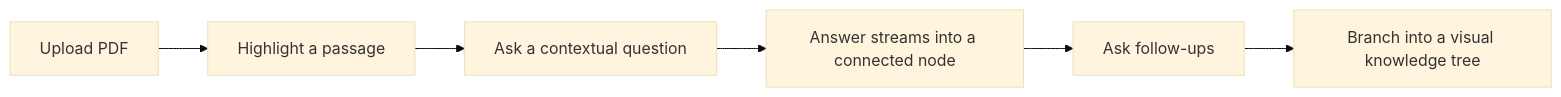
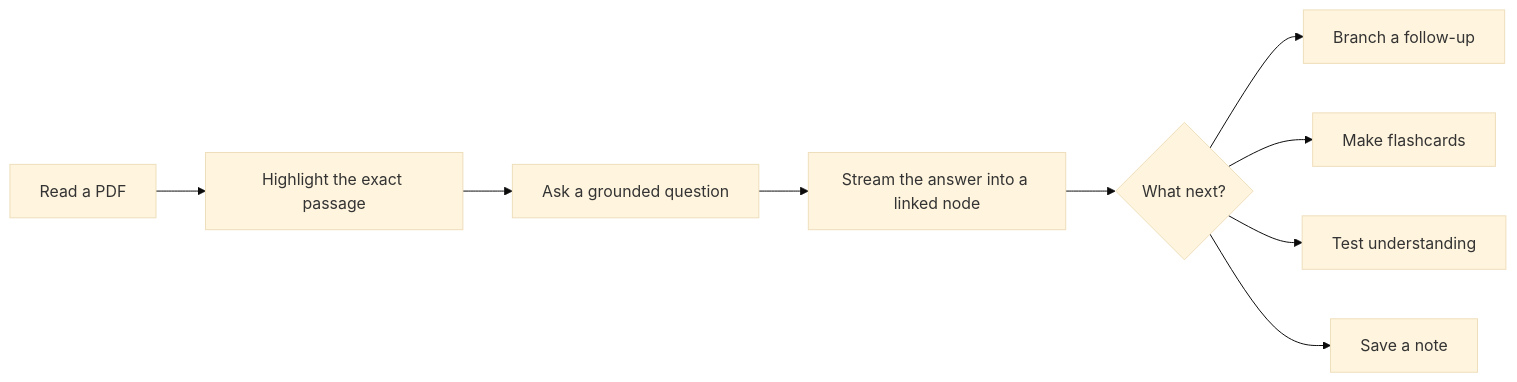
One commit to AkshayReddyGujjula/StudyCanvas-Public changed the first of 2 diagrams in README.md. Above: the diagram before and after it, drawn with Mermaid (base theme). The commit also changed other lines of this file and 6 other files, not shown here.

````diff
--- a/README.md
+++ b/README.md
@@ -17,8 +27,11 @@
 ```mermaid
 flowchart LR
-    A[Upload PDF] --> B[Highlight a passage]
-    B --> C[Ask a contextual question]
-    C --> D[Answer streams into a connected node]
-    D --> E[Ask follow-ups]
-    E --> F[Branch into a visual knowledge tree]
+    A[Read a PDF] --> B[Highlight the exact passage]
+    B --> C[Ask a grounded question]
+    C --> D[Stream the answer into a linked node]
+    D --> E{What next?}
+    E --> F[Branch a follow-up]
+    E --> G[Make flashcards]
+    E --> H[Test understanding]
+    E --> I[Save a note]
 ```
````
